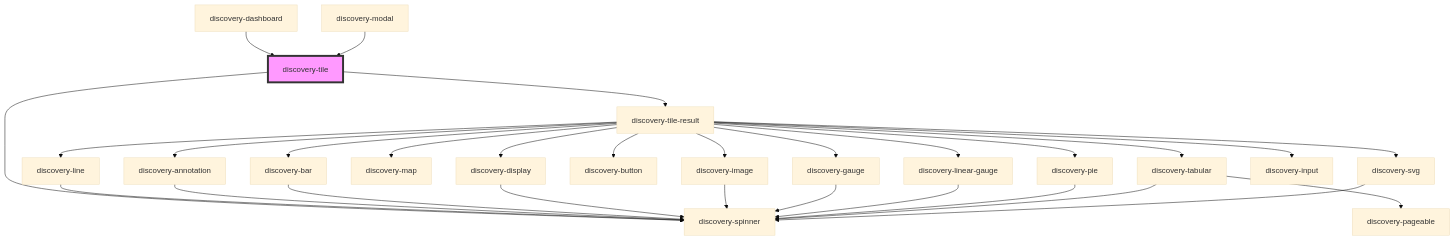
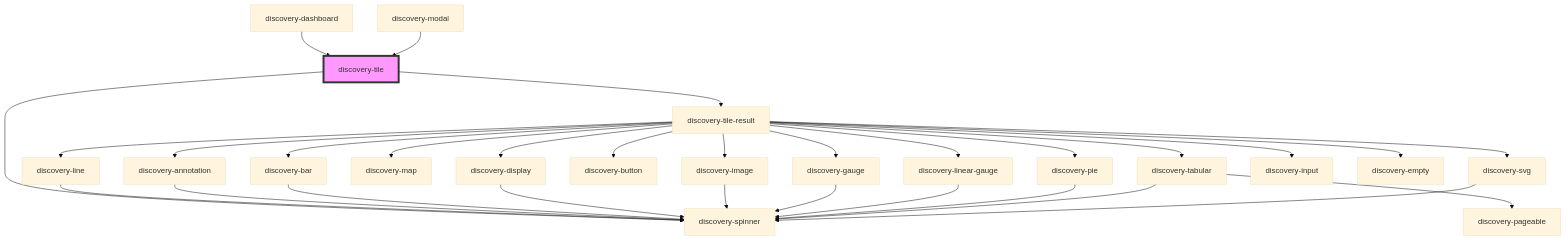
One commit to senx/discovery-widgets changed the diagram in src/components/discovery-tile/readme.md. Above: the diagram before and after it, drawn with Mermaid (base theme). The commit also changed other lines of this file and 17 other files, not shown here.

````diff
--- a/src/components/discovery-tile/readme.md
+++ b/src/components/discovery-tile/readme.md
@@ -128,32 +128,33 @@
 ```mermaid
 graph TD;
   discovery-tile --> discovery-tile-result
   discovery-tile --> discovery-spinner
   discovery-tile-result --> discovery-line
   discovery-tile-result --> discovery-annotation
   discovery-tile-result --> discovery-bar
   discovery-tile-result --> discovery-display
   discovery-tile-result --> discovery-map
   discovery-tile-result --> discovery-image
   discovery-tile-result --> discovery-button
   discovery-tile-result --> discovery-gauge
   discovery-tile-result --> discovery-linear-gauge
   discovery-tile-result --> discovery-pie
   discovery-tile-result --> discovery-tabular
   discovery-tile-result --> discovery-svg
   discovery-tile-result --> discovery-input
+  discovery-tile-result --> discovery-empty
   discovery-line --> discovery-spinner
   discovery-annotation --> discovery-spinner
   discovery-bar --> discovery-spinner
   discovery-display --> discovery-spinner
   discovery-image --> discovery-spinner
   discovery-gauge --> discovery-spinner
   discovery-linear-gauge --> discovery-spinner
   discovery-pie --> discovery-spinner
   discovery-tabular --> discovery-spinner
   discovery-tabular --> discovery-pageable
   discovery-svg --> discovery-spinner
   discovery-dashboard --> discovery-tile
   discovery-modal --> discovery-tile
   style discovery-tile fill:#f9f,stroke:#333,stroke-width:4px
 ```
````
